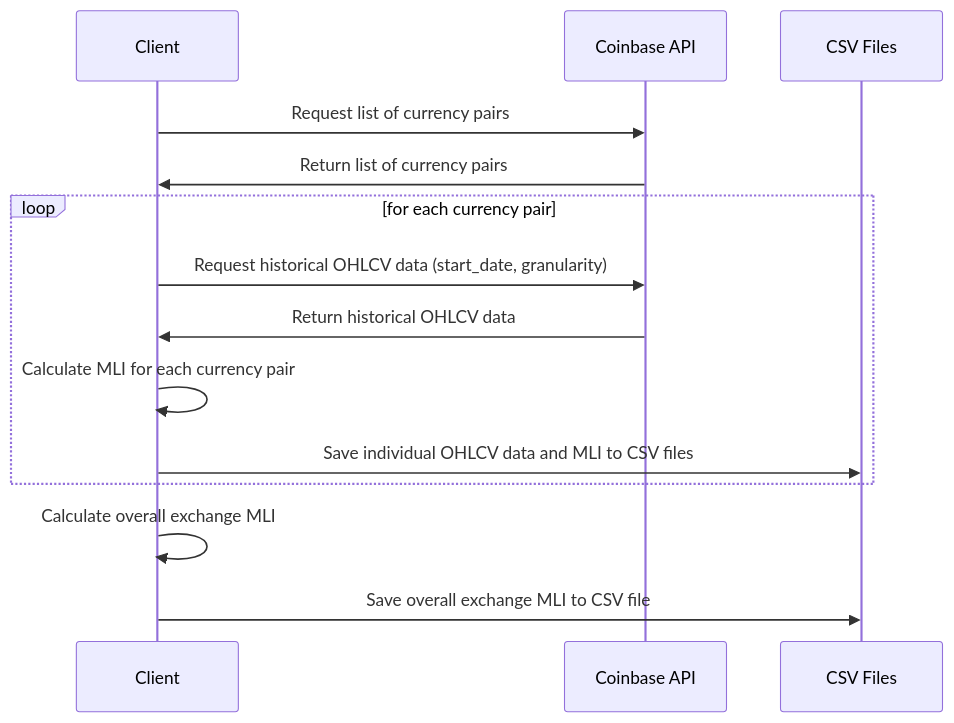
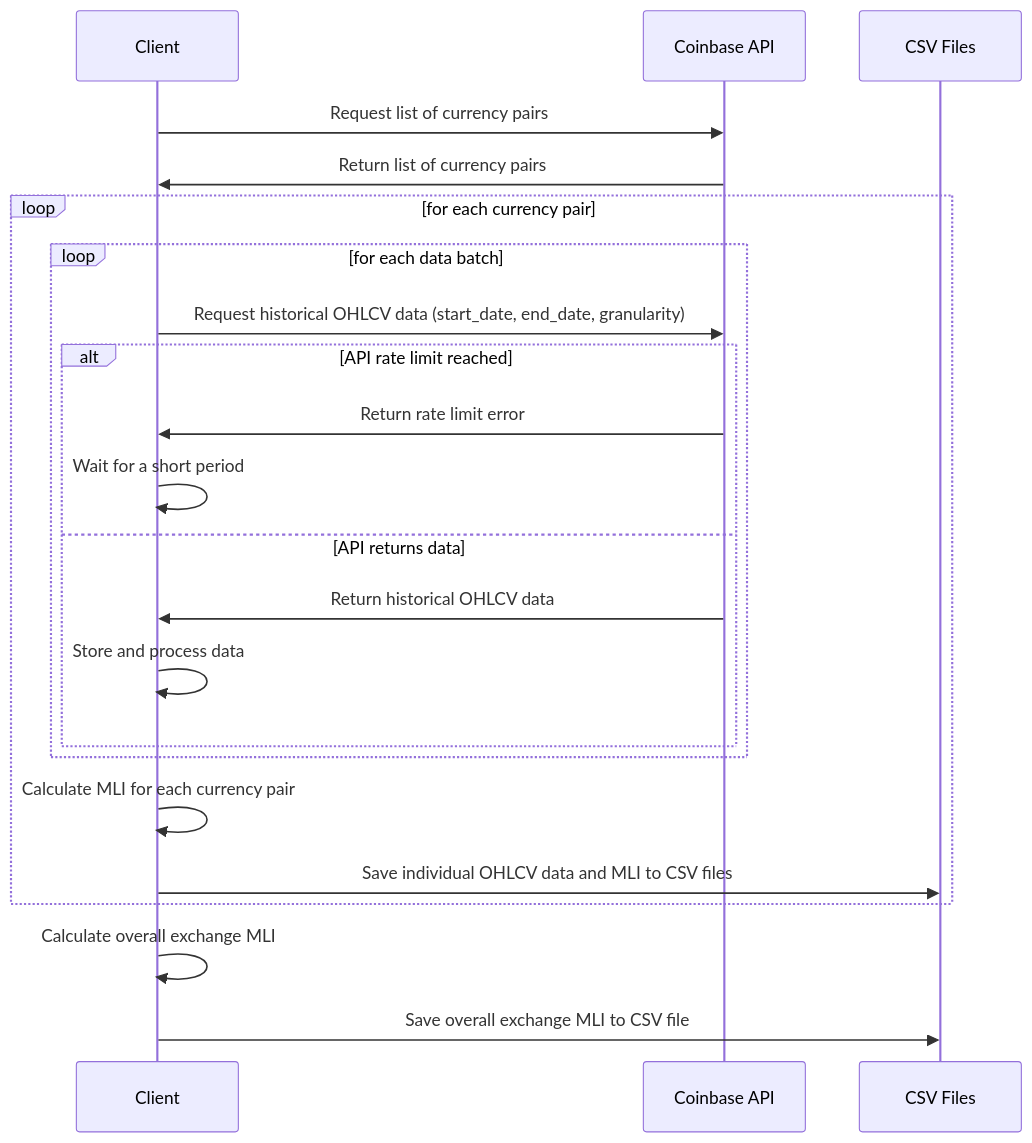
Before and after one commit to bhaskatripathi/Cryptodata_Coinbase_Kraken_Binance: the diagram in README.md, drawn with Mermaid. The commit also changed other lines of this file, not shown here.

````diff
--- a/README.md
+++ b/README.md
@@ -14,19 +15,27 @@
 ```mermaid
 sequenceDiagram
 participant Client as Client
 participant API as Coinbase API
 participant CSV as CSV Files
 
 Client->>API: Request list of currency pairs
 API->>Client: Return list of currency pairs
 
 loop for each currency pair
-    Client->>API: Request historical OHLCV data (start_date, granularity)
-    API->>Client: Return historical OHLCV data
+    loop for each data batch
+        Client->>API: Request historical OHLCV data (start_date, end_date, granularity)
+        alt API rate limit reached
+            API->>Client: Return rate limit error
+            Client->>Client: Wait for a short period
+        else API returns data
+            API->>Client: Return historical OHLCV data
+            Client->>Client: Store and process data
+        end
+    end
     Client->>Client: Calculate MLI for each currency pair
     Client->>CSV: Save individual OHLCV data and MLI to CSV files
 end
 
 Client->>Client: Calculate overall exchange MLI
 Client->>CSV: Save overall exchange MLI to CSV file
 ```
````
